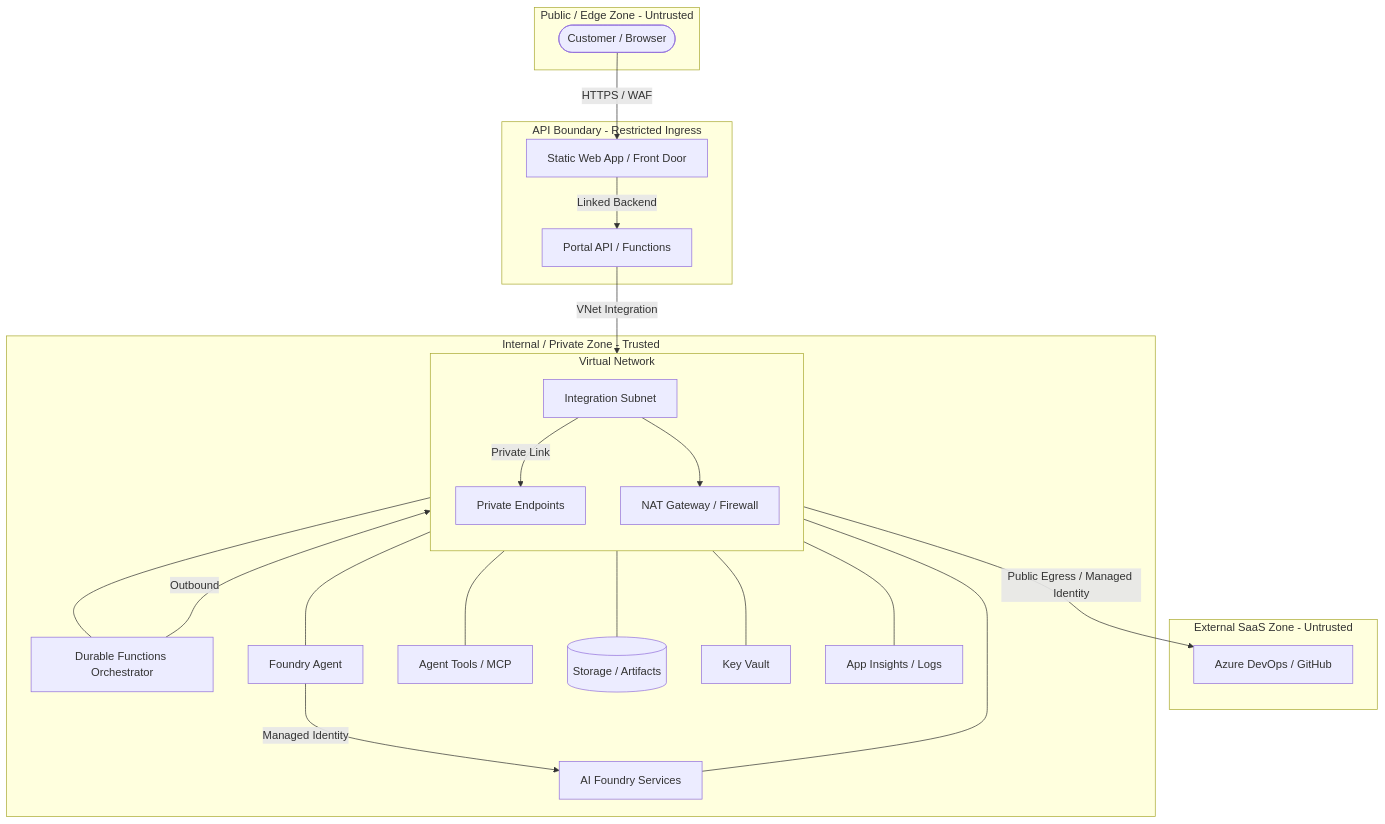
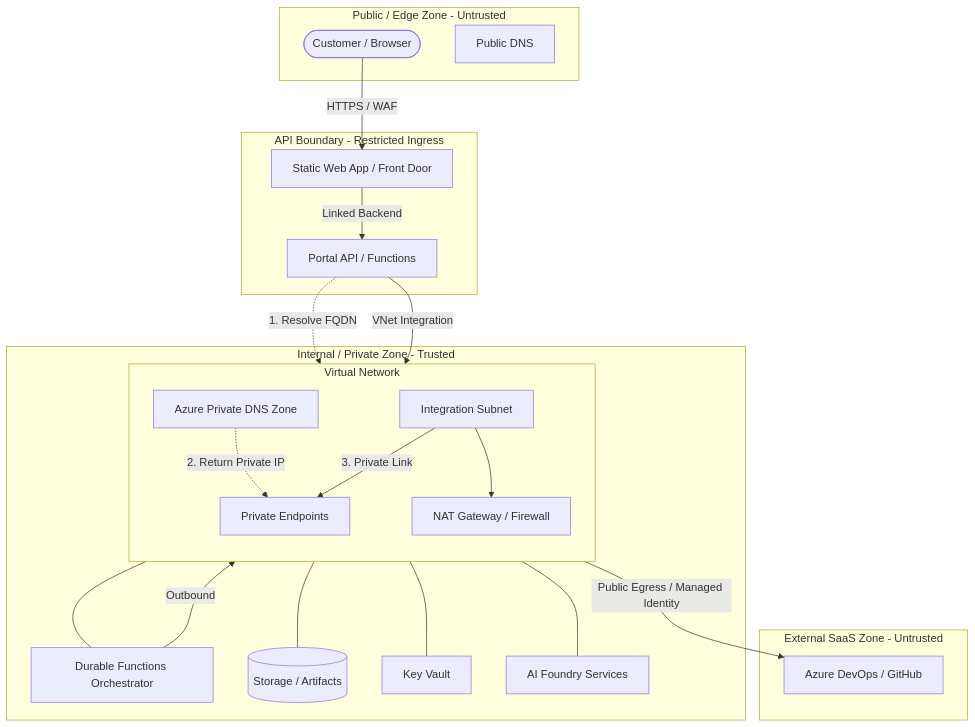
One commit to wildersa/azure_ref_kit changed the diagram in building-blocks/security/network-boundary-notes/README.md. Above: the diagram before and after it, drawn with Mermaid. The commit also changed other lines of this file and 1 other file, not shown here.

First line of the commit message:
docs: [SEC-003] add practical Azure network boundary notes (#295)

````diff
--- a/building-blocks/security/network-boundary-notes/README.md
+++ b/building-blocks/security/network-boundary-notes/README.md
@@ -9,53 +15,51 @@
 ```mermaid
 flowchart TD
     subgraph PublicZone [Public / Edge Zone - Untrusted]
         User([Customer / Browser])
+        DNS_Public[Public DNS]
     end
 
     subgraph APIBoundary [API Boundary - Restricted Ingress]
         SWA[Static Web App / Front Door]
         API[Portal API / Functions]
     end
 
-    subgraph SaaSZone [External SaaS Zone - Untrusted]
-        DevOps[Azure DevOps / GitHub]
-    end
-
     subgraph InternalZone [Internal / Private Zone - Trusted]
         subgraph VNet [Virtual Network]
             direction TB
+            DNS_Private[Azure Private DNS Zone]
+            Subnet[Integration Subnet]
             PE[Private Endpoints]
-            Subnet[Integration Subnet]
             Egress[NAT Gateway / Firewall]
         end
 
         Orchestrator[Durable Functions Orchestrator]
-        Agent[Foundry Agent]
-        Tools[Agent Tools / MCP]
         Storage[(Storage / Artifacts)]
         KV[Key Vault]
         AI[AI Foundry Services]
-        Logs[App Insights / Logs]
+    end
+
+    subgraph SaaSZone [External SaaS Zone - Untrusted]
+        DevOps[Azure DevOps / GitHub]
     end
 
     User -->|HTTPS / WAF| SWA
     SWA -->|Linked Backend| API
 
+    %% DNS Resolution
+    API -.->|1. Resolve FQDN| DNS_Private
+    DNS_Private -.->|2. Return Private IP| PE
+
     %% Private Link Traffic (Internal)
     API -->|VNet Integration| Subnet
-    Subnet -->|Private Link| PE
+    Subnet -->|3. Private Link| PE
     PE --- Orchestrator
-    PE --- Agent
-    PE --- Tools
     PE --- Storage
     PE --- KV
     PE --- AI
-    PE --- Logs
 
     %% Controlled Outbound Egress (External)
     Orchestrator -->|Outbound| Subnet
     Subnet --> Egress
     Egress -->|Public Egress / Managed Identity| DevOps
-
-    Agent -->|Managed Identity| AI
 ```
````
